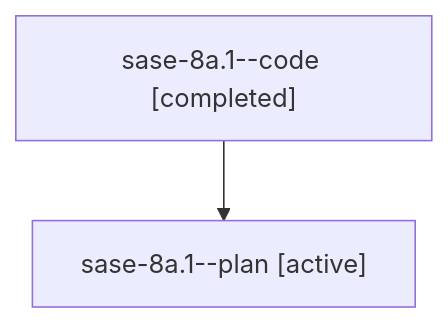
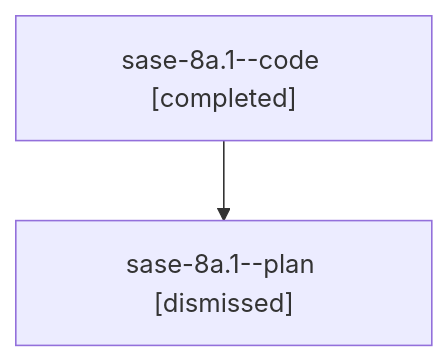
Before and after one commit to sase-org/sase--agents: the diagram in sessions/bbugyi200.athena.sase-8a.1.md, drawn with Mermaid. The commit also changed other lines of this file and 82 other files, not shown here.

````diff
--- a/sessions/bbugyi200.athena.sase-8a.1.md
+++ b/sessions/bbugyi200.athena.sase-8a.1.md
@@ -9,6 +9,6 @@
 ```mermaid
 flowchart TD
   n0["sase-8a.1--code [completed]"]
-  n1["sase-8a.1--plan [active]"]
+  n1["sase-8a.1--plan [dismissed]"]
   n0 --> n1
 ```
````
